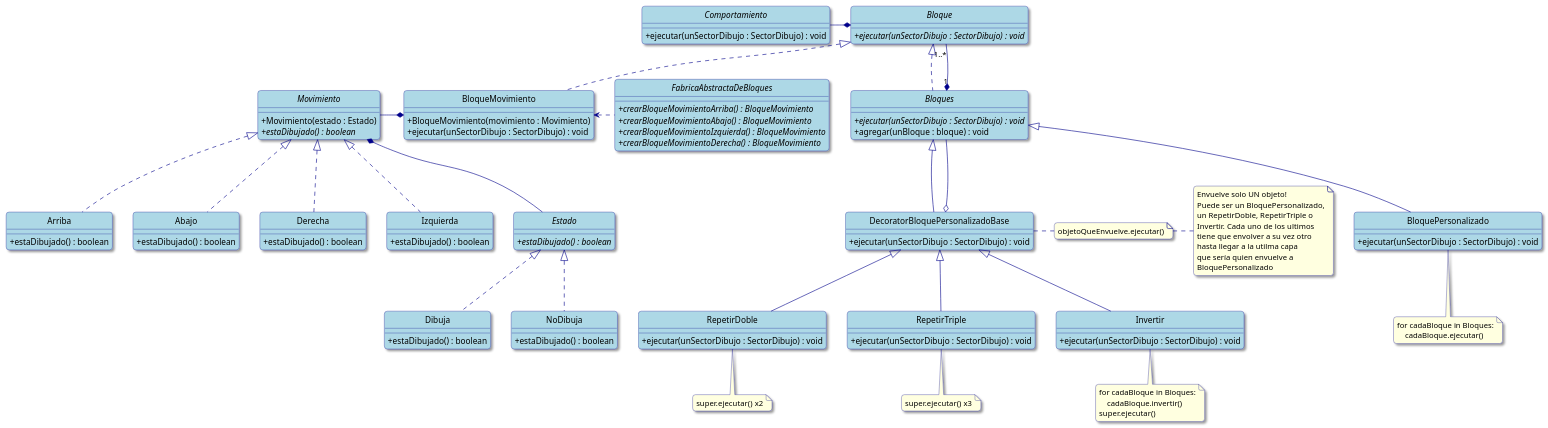
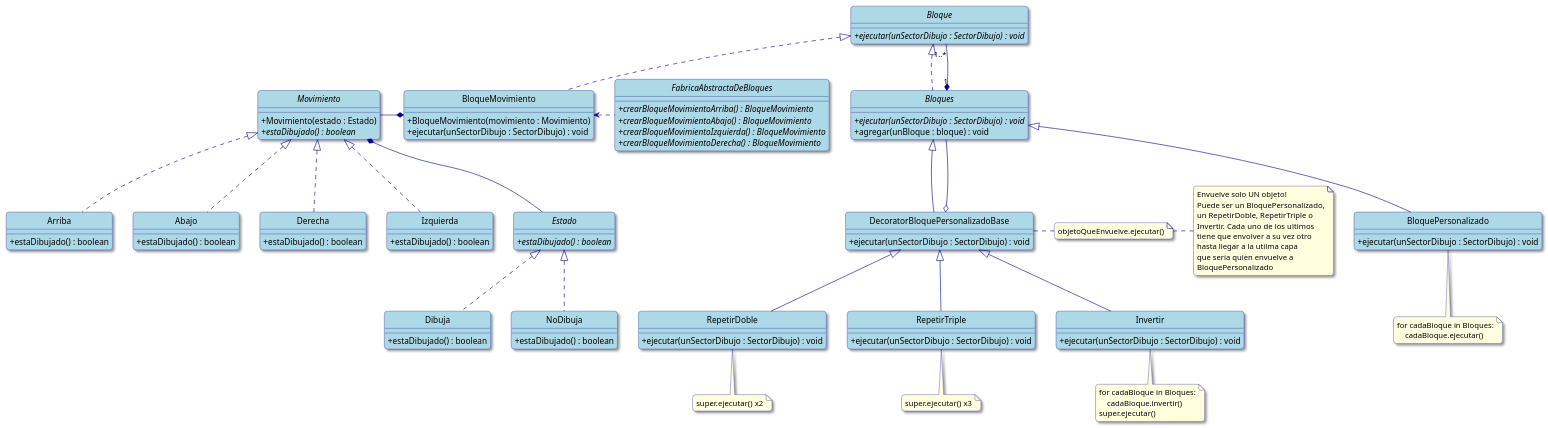
The second of 2 diagrams in diagramas-uml.puml (valva-ro/Algo3-TP2-AlgoBlocks), drawn with PlantUML before and after one commit. The commit also changed other lines of this file, not shown here.

```diff
--- a/diagramas-uml.puml
+++ b/diagramas-uml.puml
@@ -95,127 +83,123 @@
 @startuml
 hide circle
 skinparam classAttributeIconSize 0
 skinparam backgroundColor White
 skinparam RoundCorner 10
 skinparam Shadowing true
 skinparam class {
     ArrowColor DarkBlue
     BackgroundColor LightBlue
     BorderColor DarkBlue
 }
 skinparam note {
     BackgroundColor LightYellow
     BorderColor DarkBlue
 }
 
 interface Bloque {
     + {abstract} ejecutar(unSectorDibujo : SectorDibujo) : void
 }
 class BloqueMovimiento {
     + BloqueMovimiento(movimiento : Movimiento)
-    + ejecutar(unSectorDibujo : SectorDibujo) : void
-}
-interface Comportamiento {
     + ejecutar(unSectorDibujo : SectorDibujo) : void
 }
 interface Bloques {
     + {abstract} ejecutar(unSectorDibujo : SectorDibujo) : void
     + agregar(unBloque : bloque) : void
 }
 class BloquePersonalizado {
     + ejecutar(unSectorDibujo : SectorDibujo) : void
 }
 note bottom of BloquePersonalizado
 for cadaBloque in Bloques:
     cadaBloque.ejecutar()
 end note
 class RepetirDoble {
     + ejecutar(unSectorDibujo : SectorDibujo) : void
 }
 note bottom of RepetirDoble
 super.ejecutar() x2
 end note
 class RepetirTriple {
     + ejecutar(unSectorDibujo : SectorDibujo) : void
 }
 note bottom of RepetirTriple
 super.ejecutar() x3
 end note
 class Invertir {
     + ejecutar(unSectorDibujo : SectorDibujo) : void
 }
 note bottom of Invertir
 for cadaBloque in Bloques:
     cadaBloque.invertir()
 super.ejecutar()
 end note
 abstract class Movimiento {
     + Movimiento(estado : Estado)
     + {abstract} estaDibujado() : boolean
 }
 class Arriba {
     + estaDibujado() : boolean
 }
 class Abajo {
     + estaDibujado() : boolean
 }
 class Derecha {
     + estaDibujado() : boolean
 }
 class Izquierda {
     + estaDibujado() : boolean
 }
 class DecoratorBloquePersonalizadoBase {
     + ejecutar(unSectorDibujo : SectorDibujo) : void
 }
 note right
 objetoQueEnvuelve.ejecutar()
 end note
 note right
 Envuelve solo UN objeto!
 Puede ser un BloquePersonalizado,
 un RepetirDoble, RepetirTriple o
 Invertir. Cada uno de los ultimos
 tiene que envolver a su vez otro
 hasta llegar a la utilma capa
 que sería quien envuelve a
 BloquePersonalizado
 end note
 interface Estado {
     + {abstract} estaDibujado() : boolean
 }
 class Dibuja {
     + estaDibujado() : boolean
 }
 class NoDibuja {
     + estaDibujado() : boolean
 }
 
 interface FabricaAbstractaDeBloques {
     + {abstract} crearBloqueMovimientoArriba() : BloqueMovimiento
     + {abstract} crearBloqueMovimientoAbajo() : BloqueMovimiento
     + {abstract} crearBloqueMovimientoIzquierda() : BloqueMovimiento
     + {abstract} crearBloqueMovimientoDerecha() : BloqueMovimiento
 }
 FabricaAbstractaDeBloques ..left> BloqueMovimiento
 
 Movimiento *-- Estado
 Estado <|.. Dibuja
 Estado <|.. NoDibuja
 Bloque <|.. Bloques
 Bloques "1" *-- "1..*" Bloque
 Bloques <|-- BloquePersonalizado
 Bloques <|-- DecoratorBloquePersonalizadoBase
 DecoratorBloquePersonalizadoBase o-- Bloques
 DecoratorBloquePersonalizadoBase <|-- RepetirDoble
 DecoratorBloquePersonalizadoBase <|-- RepetirTriple
 DecoratorBloquePersonalizadoBase <|-- Invertir
-Bloque *-left Comportamiento
 Bloque <|.. BloqueMovimiento
 
 BloqueMovimiento *--left Movimiento
 Movimiento <|.. Arriba
 Movimiento <|.. Abajo
 Movimiento <|.. Derecha
 Movimiento <|.. Izquierda
 @enduml
```
